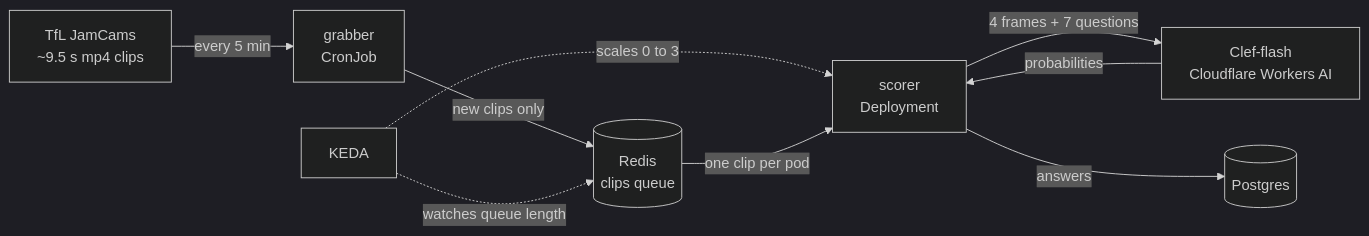
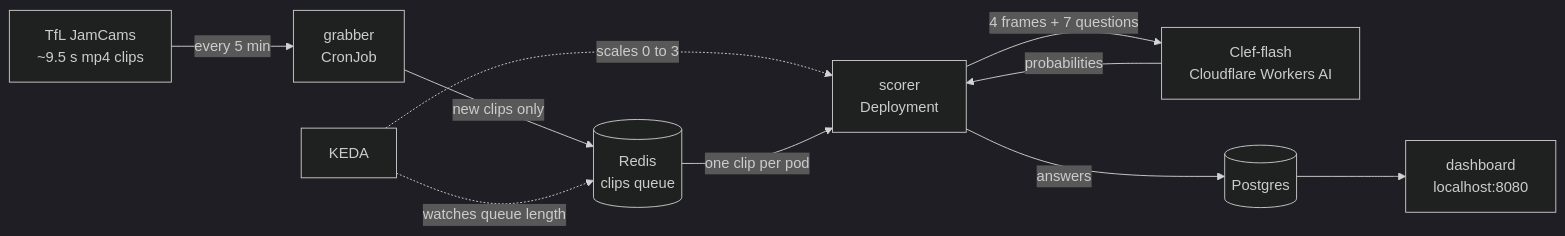
Before and after one commit to Hassaanmk/Traffic-with-Clef: the diagram in README.md, drawn with Mermaid (dark theme). The commit also changed other lines of this file and 12 other files, not shown here.

````diff
--- a/README.md
+++ b/README.md
@@ -7,11 +7,12 @@
 ```mermaid
 flowchart LR
     TfL[TfL JamCams<br/>~9.5 s mp4 clips] -->|every 5 min| G[grabber<br/>CronJob]
     G -->|new clips only| R[(Redis<br/>clips queue)]
     K[KEDA] -.->|watches queue length| R
     K -.->|scales 0 to 3| S[scorer<br/>Deployment]
     R -->|one clip per pod| S
     S -->|4 frames + 7 questions| C[Clef-flash<br/>Cloudflare Workers AI]
     C -->|probabilities| S
     S -->|answers| P[(Postgres)]
+    P --> D[dashboard<br/>localhost:8080]
 ```
````
